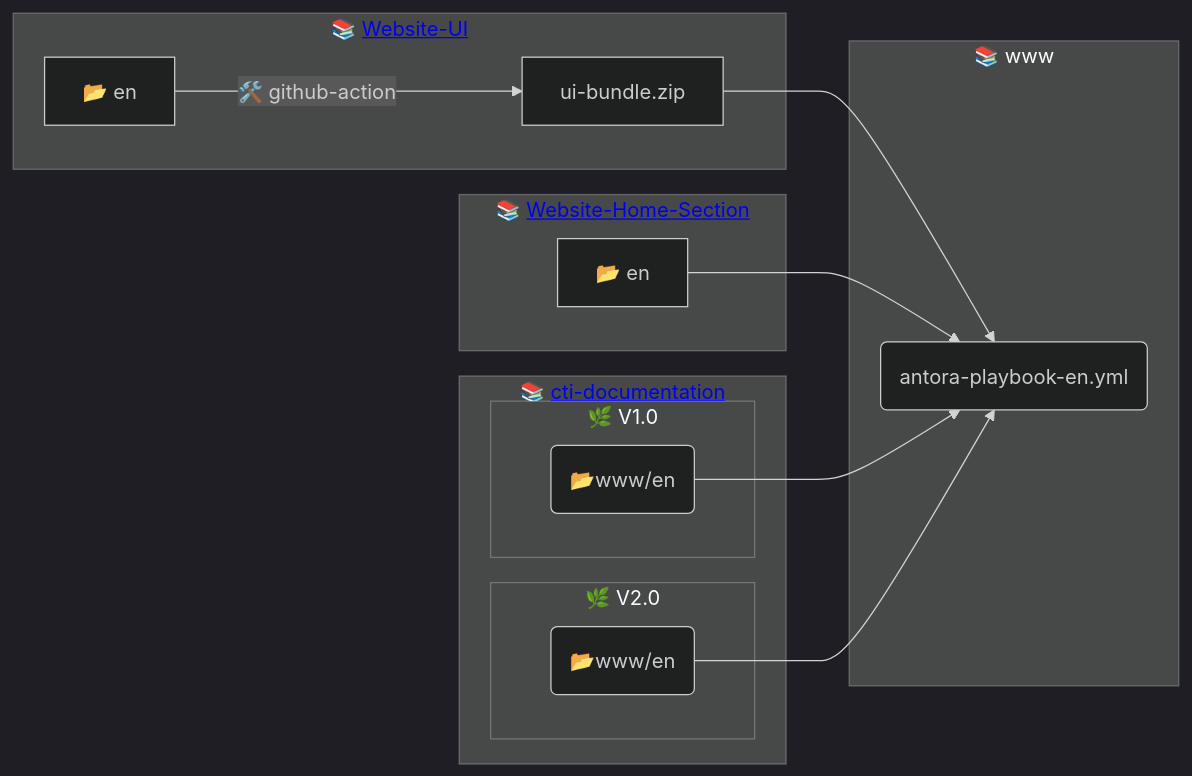
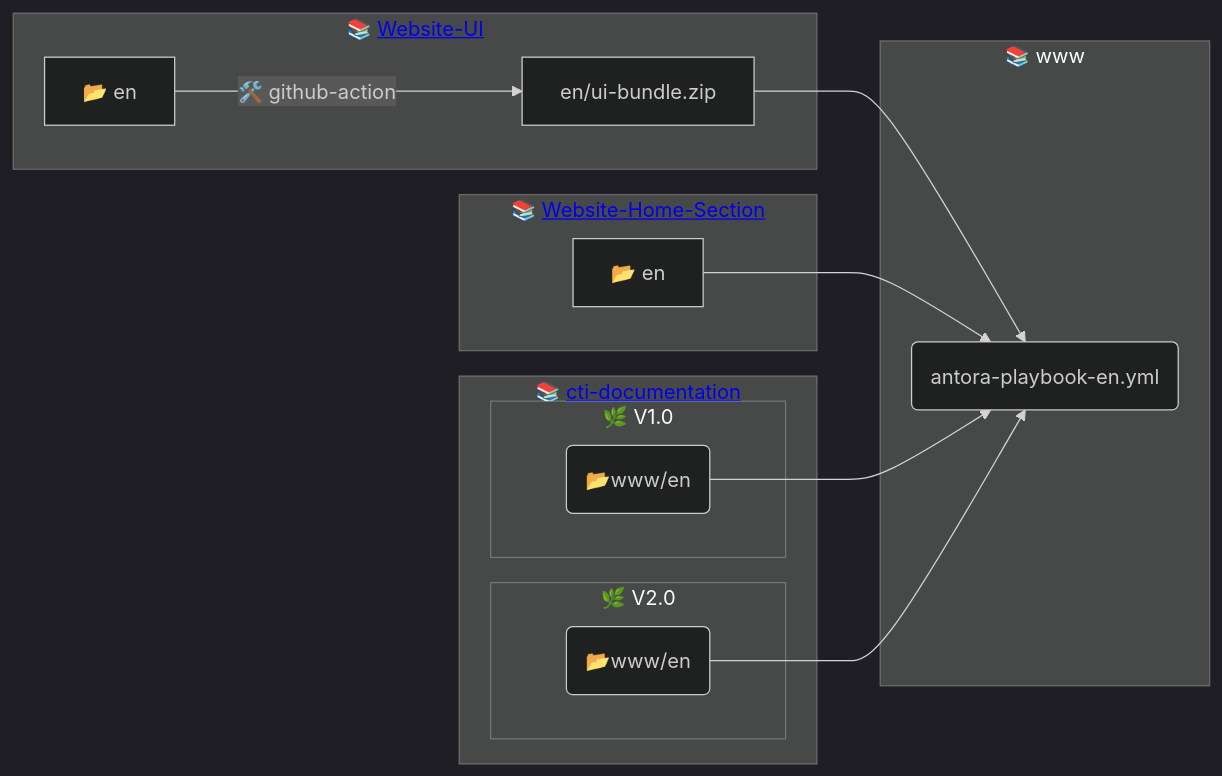
One commit to j-medland/www changed the diagram in README.md. Above: the diagram before and after it, drawn with Mermaid (dark theme). The commit also changed other lines of this file, not shown here.

````diff
--- a/README.md
+++ b/README.md
@@ -10,21 +15,21 @@
 ```mermaid
 flowchart LR
     subgraph www["📚 www"]
         en-antora-playbook(antora-playbook-en.yml)
     end
     subgraph website-ui["📚 <a href='https://github.com/LabVIEWCommunityTraining/website-ui'>Website-UI</a>"]
         en-ui["📂 en"]--->|🛠️ github-action|en-ui-bundle
-        en-ui-bundle[ui-bundle.zip]-->en-antora-playbook
+        en-ui-bundle[en/ui-bundle.zip]-->en-antora-playbook
     end
     subgraph website-home["📚 <a href='https://github.com/LabVIEWCommunityTraining/website-home-section'>Website-Home-Section</a>"]
         en-hs["📂 en"]-->en-antora-playbook
         end
     subgraph cti-docs["📚 <a href='https://github.com/LabVIEWCommunityTraining/cti-documentation'>cti-documentation</a>"]
         subgraph v1["🌿 V1.0"]
             en-conv1(📂www/en)-->en-antora-playbook
         end
         subgraph v2["🌿 V2.0"]
             en-conv2(📂www/en)-->en-antora-playbook
         end
     end
 ```
````
